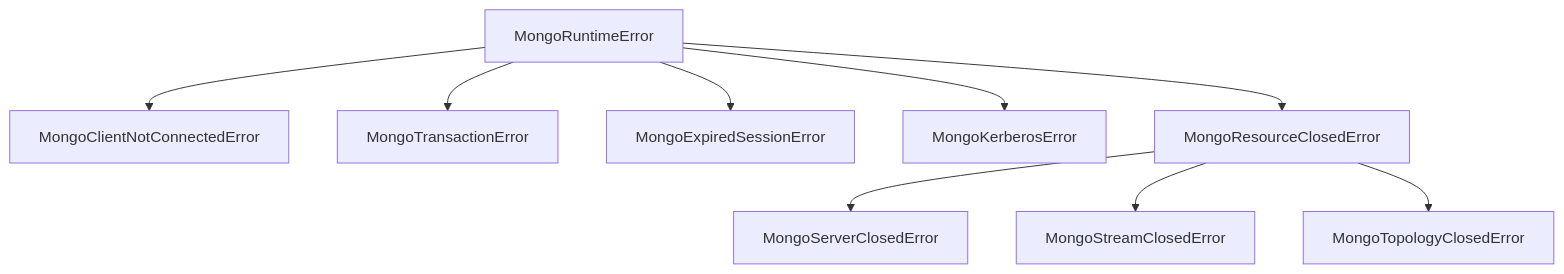
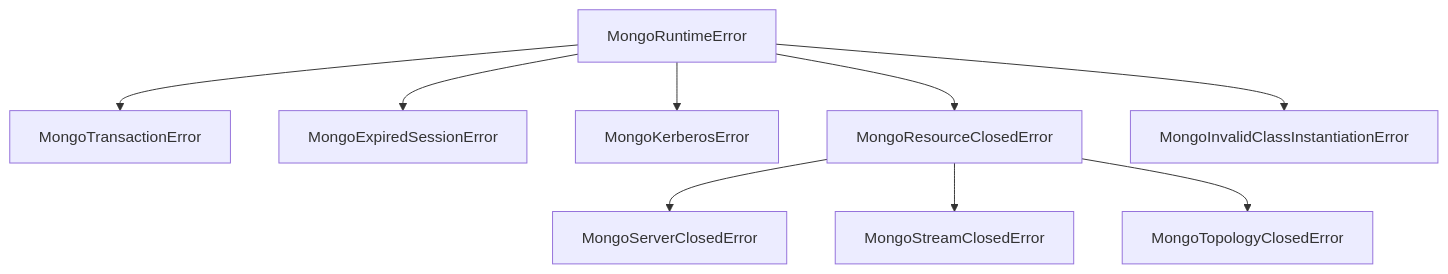
One commit to mongodb/node-mongodb-native changed the diagram in docs/charts/mermaid/MongoRuntimeError_2.mmd. Above: the diagram before and after it, drawn with Mermaid. The commit also changed 8 other files, not shown here.

Commit message:
docs(NODE-3363): synced charts with markdown

```diff
--- a/docs/charts/mermaid/MongoRuntimeError_2.mmd
+++ b/docs/charts/mermaid/MongoRuntimeError_2.mmd
@@ -1,10 +1,10 @@
 graph TD
-  MongoRuntimeError --> MongoClientNotConnectedError
   MongoRuntimeError --> MongoTransactionError
   MongoRuntimeError --> MongoExpiredSessionError
   MongoRuntimeError --> MongoKerberosError
   MongoRuntimeError --> MongoResourceClosedError
+  MongoRuntimeError --> MongoInvalidClassInstantiationError
 
   MongoResourceClosedError --> MongoServerClosedError
   MongoResourceClosedError --> MongoStreamClosedError
   MongoResourceClosedError --> MongoTopologyClosedError
```
